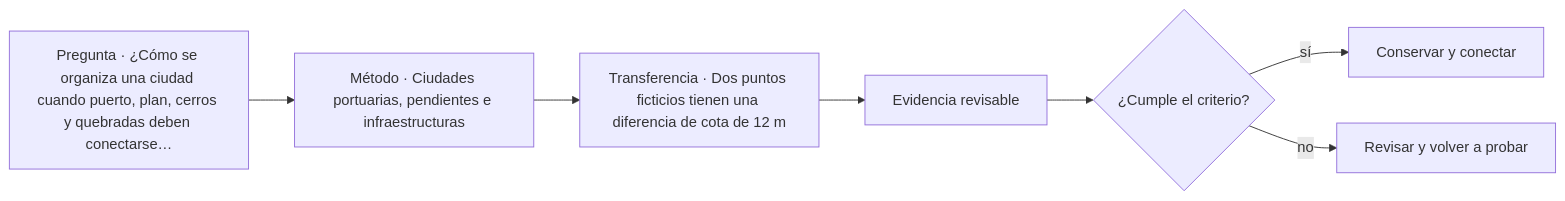
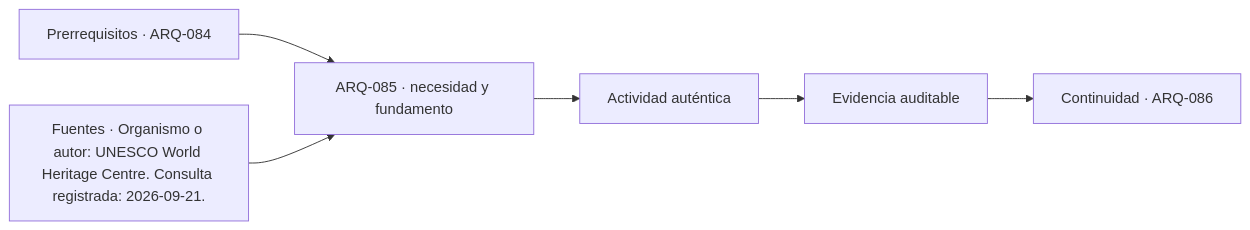
The diagram in classes/parte-09/ARQ-085.md (vladimiracunadev-create/architecture-built-environment-learning-program), drawn with Mermaid before and after one commit. The commit also changed other lines of this file and 761 other files, not shown here.

````diff
--- a/classes/parte-09/ARQ-085.md
+++ b/classes/parte-09/ARQ-085.md
@@ -103,9 +115,8 @@
 ```mermaid
 flowchart LR
-    Q["Pregunta · ¿Cómo se organiza una ciudad cuando puerto, plan, cerros y quebradas deben conectarse…"] --> M["Método · Ciudades portuarias, pendientes e infraestructuras"]
-    M --> P["Transferencia · Dos puntos ficticios tienen una diferencia de cota de 12 m"]
-    P --> E["Evidencia revisable"]
-    E --> C{"¿Cumple el criterio?"}
-    C -->|sí| T["Conservar y conectar"]
-    C -->|no| R["Revisar y volver a probar"]
+    A["Prerrequisitos · ARQ-084"] --> B["ARQ-085 · necesidad y fundamento"]
+    S["Fuentes · Organismo o autor: UNESCO World Heritage Centre. Consulta registrada: 2026-09-21."] --> B
+    B --> C["Actividad auténtica"]
+    C --> D["Evidencia auditable"]
+    D --> E["Continuidad · ARQ-086"]
 ```
````
